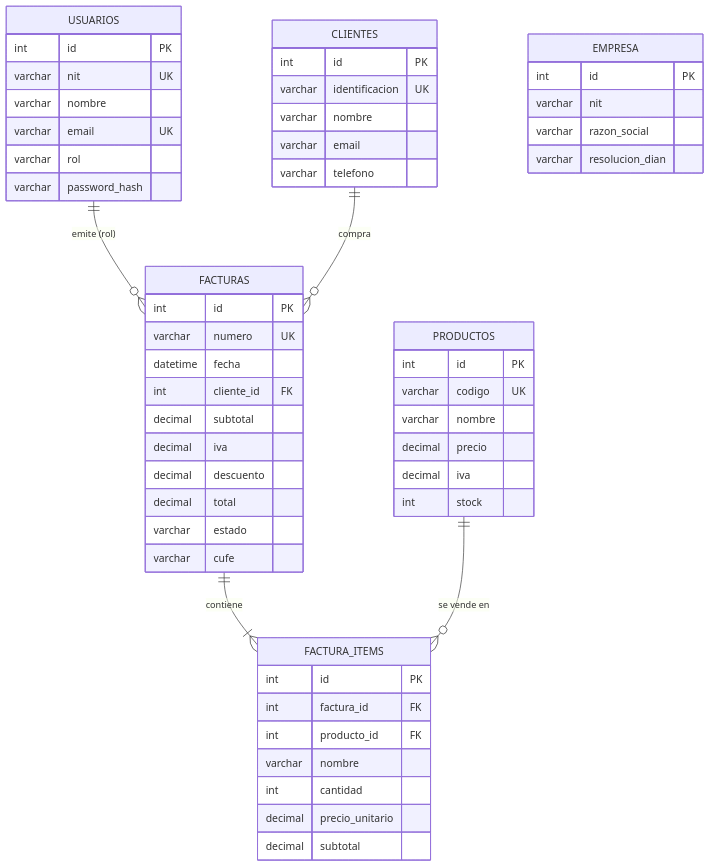
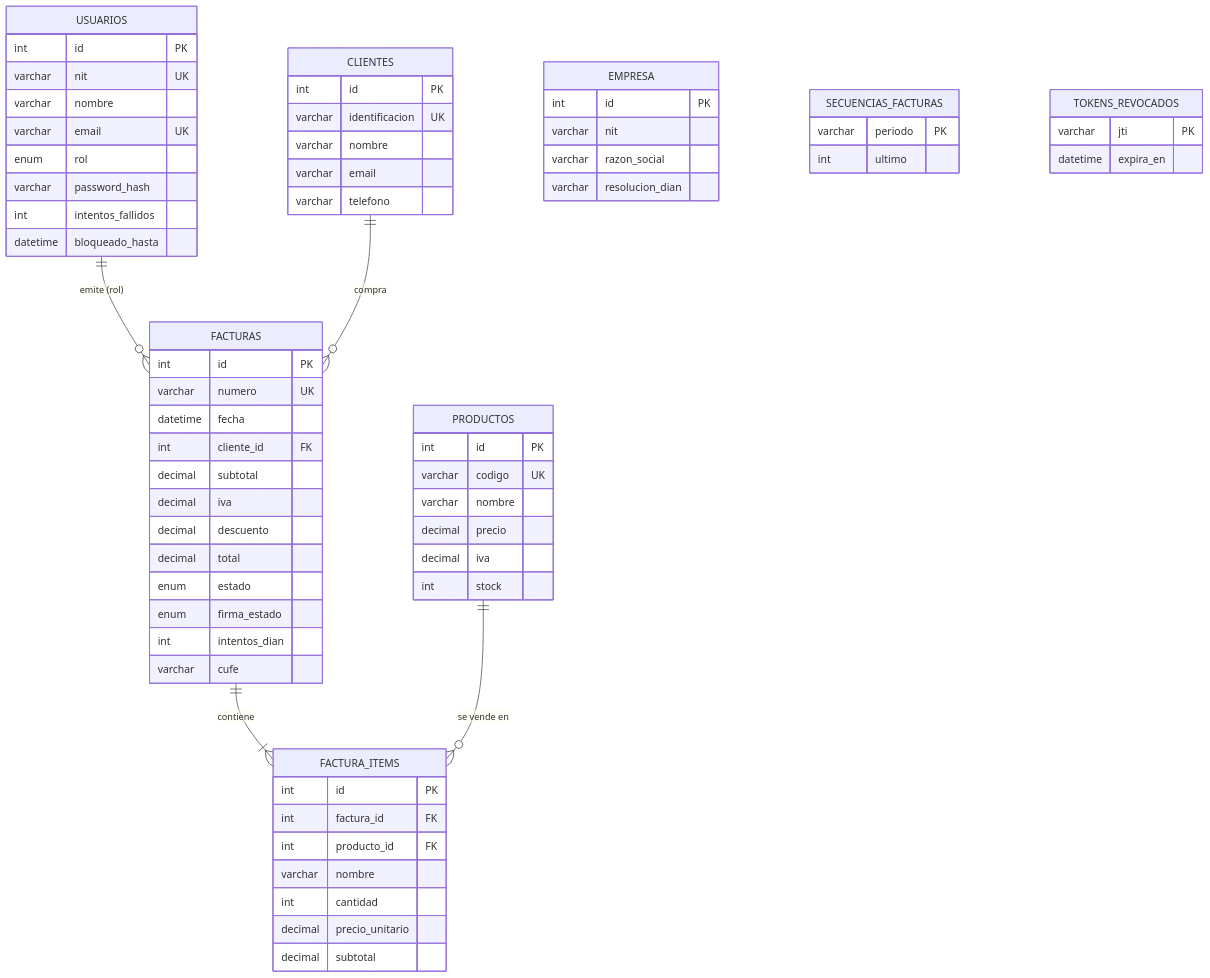
The diagram in README.md (jhromero81/FacturaExpress_V3), drawn with Mermaid before and after one commit. The commit also changed other lines of this file and 195 other files, not shown here.

````diff
--- a/README.md
+++ b/README.md
@@ -113,58 +128,70 @@
 ```mermaid
 erDiagram
     USUARIOS ||--o{ FACTURAS : "emite (rol)"
     CLIENTES ||--o{ FACTURAS : "compra"
     FACTURAS ||--|{ FACTURA_ITEMS : "contiene"
     PRODUCTOS ||--o{ FACTURA_ITEMS : "se vende en"
 
     USUARIOS {
         int id PK
         varchar nit UK
         varchar nombre
         varchar email UK
-        varchar rol
+        enum rol
         varchar password_hash
+        int intentos_fallidos
+        datetime bloqueado_hasta
     }
     CLIENTES {
         int id PK
         varchar identificacion UK
         varchar nombre
         varchar email
         varchar telefono
     }
     PRODUCTOS {
         int id PK
         varchar codigo UK
         varchar nombre
         decimal precio
         decimal iva
         int stock
     }
     FACTURAS {
         int id PK
         varchar numero UK
         datetime fecha
         int cliente_id FK
         decimal subtotal
         decimal iva
         decimal descuento
         decimal total
-        varchar estado
+        enum estado
+        enum firma_estado
+        int intentos_dian
         varchar cufe
     }
     FACTURA_ITEMS {
         int id PK
         int factura_id FK
         int producto_id FK
         varchar nombre
         int cantidad
         decimal precio_unitario
         decimal subtotal
     }
     EMPRESA {
         int id PK
         varchar nit
         varchar razon_social
         varchar resolucion_dian
     }
+    SECUENCIAS_FACTURAS {
+        varchar periodo PK
+        int ultimo
+    }
+    TOKENS_REVOCADOS {
+        varchar jti PK
+        datetime expira_en
+    }
 ```
````
